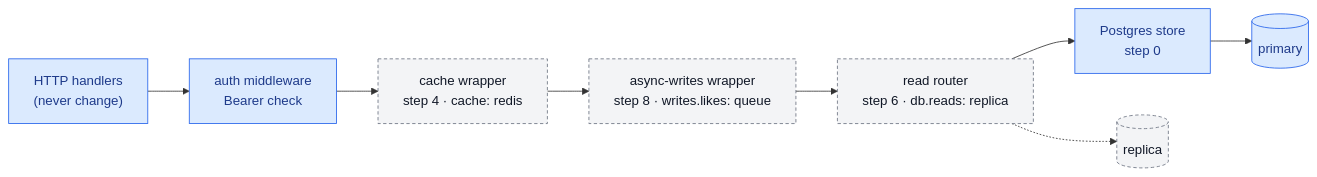
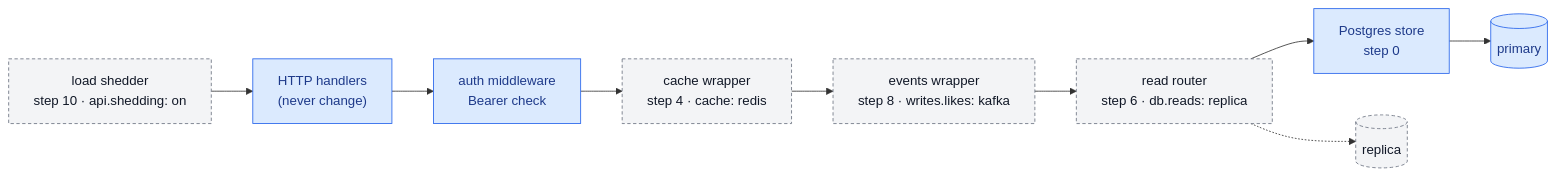
One commit to adssib/StressLab changed the fourth of 6 diagrams in docs/ARCHITECTURE.md. Above: the diagram before and after it, drawn with Mermaid. The commit also changed other lines of this file and 4 other files, not shown here.

First line of the commit message:
docs: roadmap, kafka, overload, full observability, slos

````diff
--- a/docs/ARCHITECTURE.md
+++ b/docs/ARCHITECTURE.md
@@ -142,15 +154,16 @@
 ```mermaid
 flowchart LR
-  H["HTTP handlers<br/>(never change)"] --> AUTH["auth middleware<br/>Bearer check"]
+  SHED["load shedder<br/>step 10 · api.shedding: on"] --> H["HTTP handlers<br/>(never change)"]
+  H --> AUTH["auth middleware<br/>Bearer check"]
   AUTH --> CW["cache wrapper<br/>step 4 · cache: redis"]
-  CW --> AW["async-writes wrapper<br/>step 8 · writes.likes: queue"]
+  CW --> AW["events wrapper<br/>step 8 · writes.likes: kafka"]
   AW --> RR["read router<br/>step 6 · db.reads: replica"]
   RR --> PS["Postgres store<br/>step 0"]
   PS --> DB[("primary")]
   RR -.-> REPL[("replica")]
 
   classDef base fill:#dbeafe,stroke:#2563eb,color:#1e3a8a
   classDef opt fill:#f3f4f6,stroke:#6b7280,color:#111827,stroke-dasharray: 4 3
   class H,AUTH,PS,DB base
-  class CW,AW,RR,REPL opt
+  class SHED,CW,AW,RR,REPL opt
 ```
````
